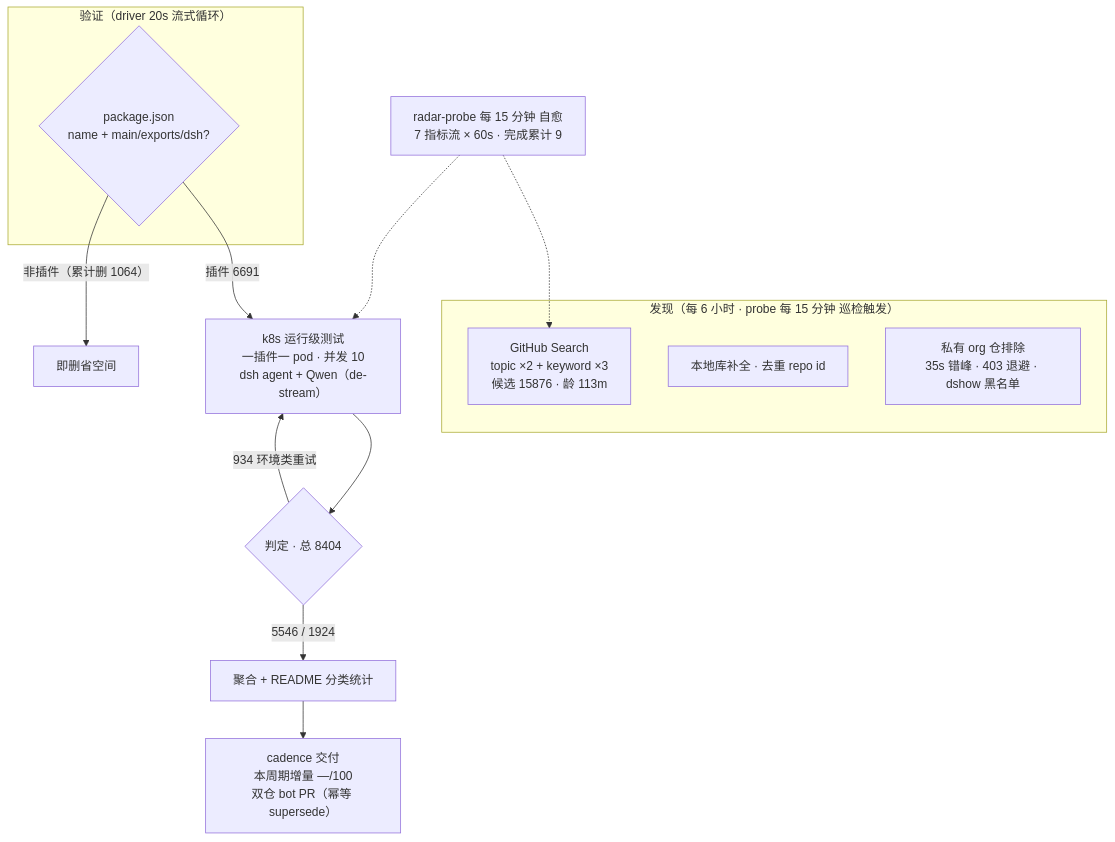
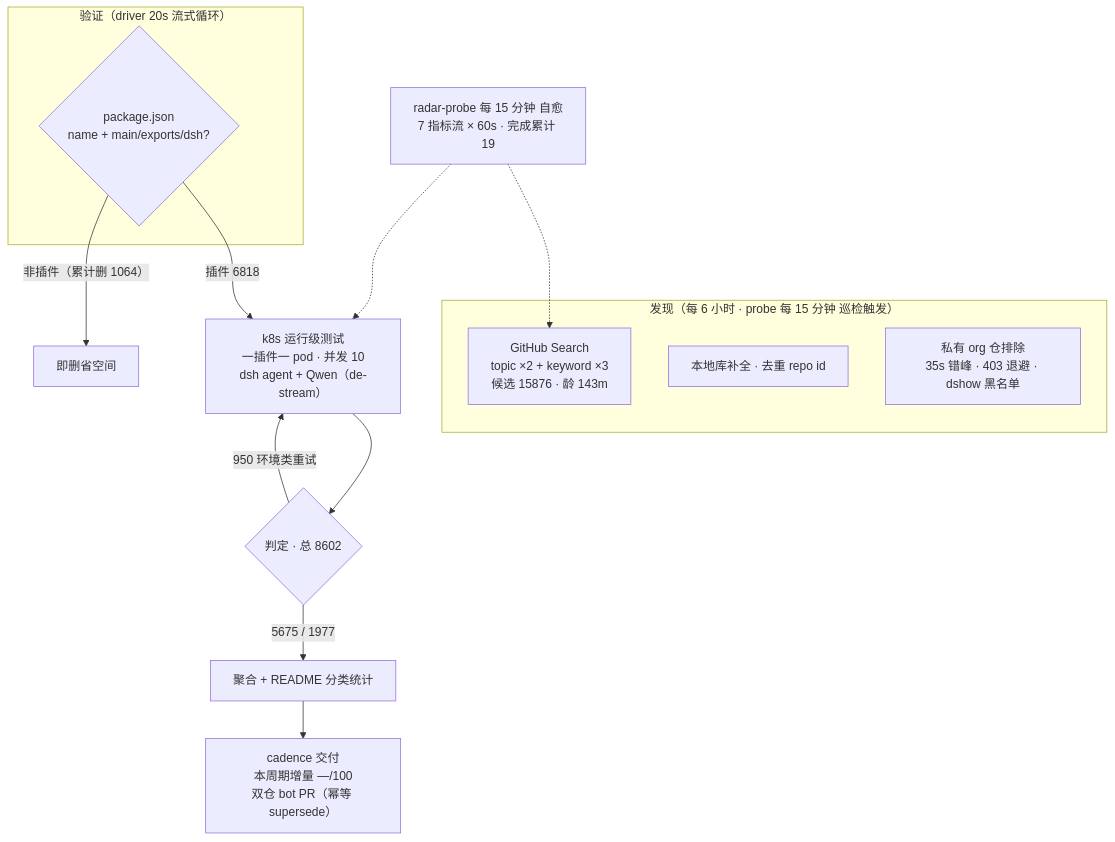
Before and after one commit to AdamPlatin123/awesome-dsh-plugins: the diagram in README.md, drawn with Mermaid. The commit also changed other lines of this file and 4 other files, not shown here.

````diff
--- a/README.md
+++ b/README.md
@@ -37,20 +37,20 @@
 ```mermaid
 flowchart TB
     subgraph Discovery["发现（每 6 小时 · probe 每 15 分钟 巡检触发）"]
-        A1["GitHub Search<br/>topic ×2 + keyword ×3<br/>候选 15876 · 龄 113m"]
+        A1["GitHub Search<br/>topic ×2 + keyword ×3<br/>候选 15876 · 龄 143m"]
         A2["本地库补全 · 去重 repo id"]
         A3["私有 org 仓排除<br/>35s 错峰 · 403 退避 · dshow 黑名单"]
     end
     subgraph Validation["验证（driver 20s 流式循环）"]
         B1{"package.json<br/>name + main/exports/dsh?"}
     end
-    B1 -->|"插件 6691"| C1["k8s 运行级测试<br/>一插件一 pod · 并发 10<br/>dsh agent + Qwen（de-stream）"]
+    B1 -->|"插件 6818"| C1["k8s 运行级测试<br/>一插件一 pod · 并发 10<br/>dsh agent + Qwen（de-stream）"]
     B1 -->|"非插件（累计删 1064）"| B3["即删省空间"]
-    C1 --> D1{"判定 · 总 8404"}
-    D1 -->|"5546 / 1924"| E1["聚合 + README 分类统计"]
-    D1 -->|"934 环境类重试"| C1
+    C1 --> D1{"判定 · 总 8602"}
+    D1 -->|"5675 / 1977"| E1["聚合 + README 分类统计"]
+    D1 -->|"950 环境类重试"| C1
     E1 --> E2["cadence 交付<br/>本周期增量 —/100<br/>双仓 bot PR（幂等 supersede）"]
-    M["radar-probe 每 15 分钟 自愈<br/>7 指标流 × 60s · 完成累计 9"]
+    M["radar-probe 每 15 分钟 自愈<br/>7 指标流 × 60s · 完成累计 19"]
     M -.-> A1
     M -.-> C1
 ```
````
